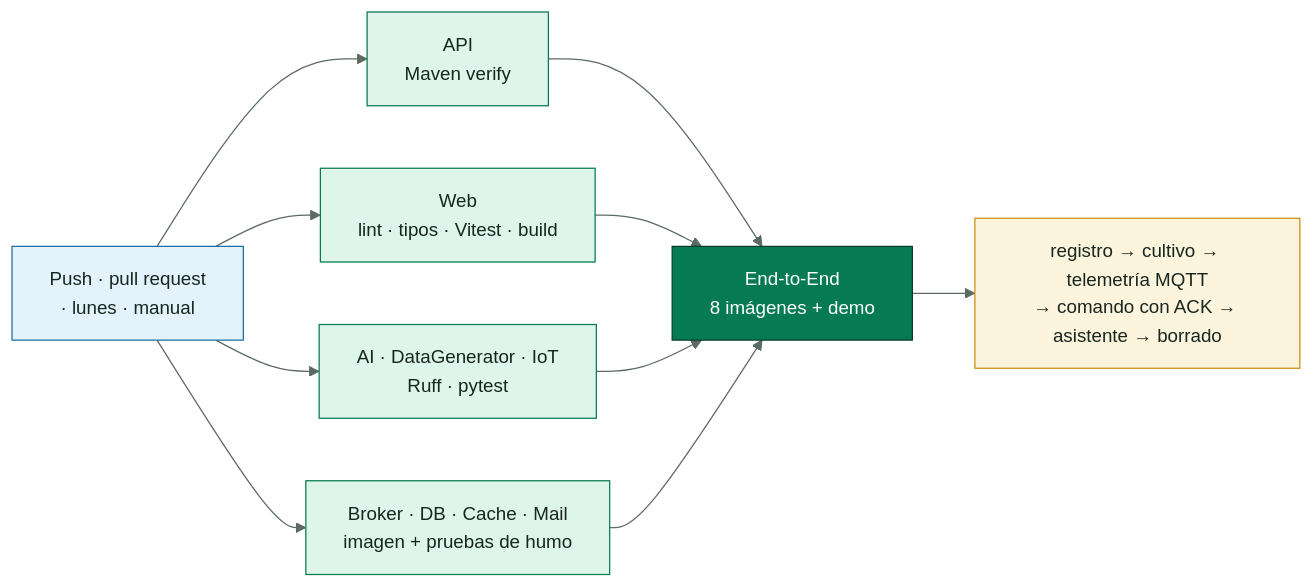
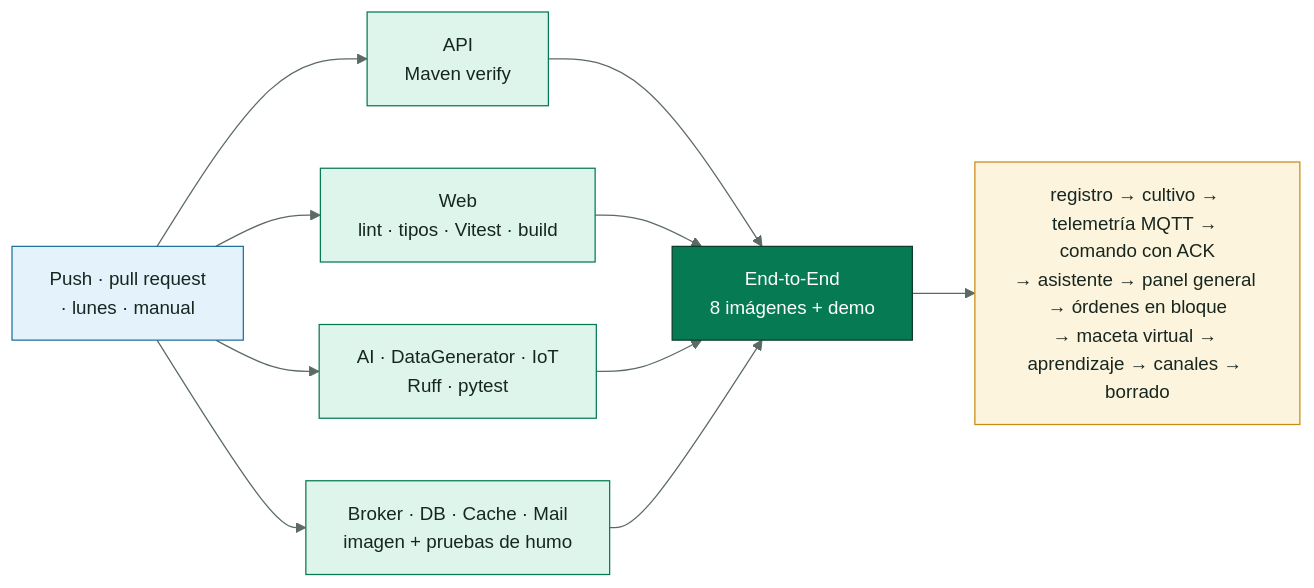
One commit to SmartPotTech/.github changed the diagram in docs/diagramas/SmartPot_08_QA.mmd. Above: the diagram before and after it, drawn with Mermaid. The commit also changed 1 other file, not shown here.

Commit message:
Update the QA diagram

```diff
--- a/docs/diagramas/SmartPot_08_QA.mmd
+++ b/docs/diagramas/SmartPot_08_QA.mmd
@@ -1,19 +1,19 @@
 %%{init: {"theme": "base", "fontFamily": "Segoe UI, Arial, sans-serif", "themeVariables": {"fontFamily": "Segoe UI, Arial, sans-serif", "fontSize": "15px", "primaryColor": "#DDF5EA", "primaryTextColor": "#17261F", "primaryBorderColor": "#067A52", "secondaryColor": "#E3F2FB", "secondaryTextColor": "#17261F", "secondaryBorderColor": "#1F6FA0", "tertiaryColor": "#F2F7F4", "tertiaryTextColor": "#17261F", "tertiaryBorderColor": "#D5E3DC", "lineColor": "#5B6B63", "textColor": "#17261F", "mainBkg": "#DDF5EA", "nodeBorder": "#067A52", "clusterBkg": "#F7FAF8", "clusterBorder": "#D5E3DC", "edgeLabelBackground": "#FFFFFF", "actorBkg": "#067A52", "actorBorder": "#0B3D2B", "actorTextColor": "#FFFFFF", "actorLineColor": "#5B6B63", "signalColor": "#17261F", "signalTextColor": "#17261F", "labelBoxBkgColor": "#0B3D2B", "labelBoxBorderColor": "#0B3D2B", "labelTextColor": "#FFFFFF", "loopTextColor": "#0B3D2B", "noteBkgColor": "#FDF4DD", "noteBorderColor": "#C98D12", "noteTextColor": "#17261F", "activationBkgColor": "#DDF5EA", "activationBorderColor": "#067A52", "attributeBackgroundColorOdd": "#FFFFFF", "attributeBackgroundColorEven": "#F2F7F4"}}}%%
 flowchart LR
   trigger["Push · pull request<br/>· lunes · manual"] --> api["API<br/>Maven verify"]
   trigger --> web["Web<br/>lint · tipos · Vitest · build"]
   trigger --> py["AI · DataGenerator · IoT<br/>Ruff · pytest"]
   trigger --> ct["Broker · DB · Cache · Mail<br/>imagen + pruebas de humo"]
   api --> e2e["End-to-End<br/>8 imágenes + demo"]
   web --> e2e
   py --> e2e
   ct --> e2e
-  e2e --> flow["registro → cultivo → telemetría MQTT<br/>→ comando con ACK → asistente → borrado"]
+  e2e --> flow["registro → cultivo → telemetría MQTT → comando con ACK<br/>→ asistente → panel general → órdenes en bloque<br/>→ maceta virtual → aprendizaje → canales → borrado"]
   classDef start fill:#E3F2FB,stroke:#1F6FA0,color:#17261F
   classDef job fill:#DDF5EA,stroke:#067A52,color:#17261F
   classDef final fill:#067A52,stroke:#0B3D2B,color:#FFFFFF
   classDef detail fill:#FDF4DD,stroke:#C98D12,color:#17261F
   class trigger start
   class api,web,py,ct job
   class e2e final
   class flow detail
```
